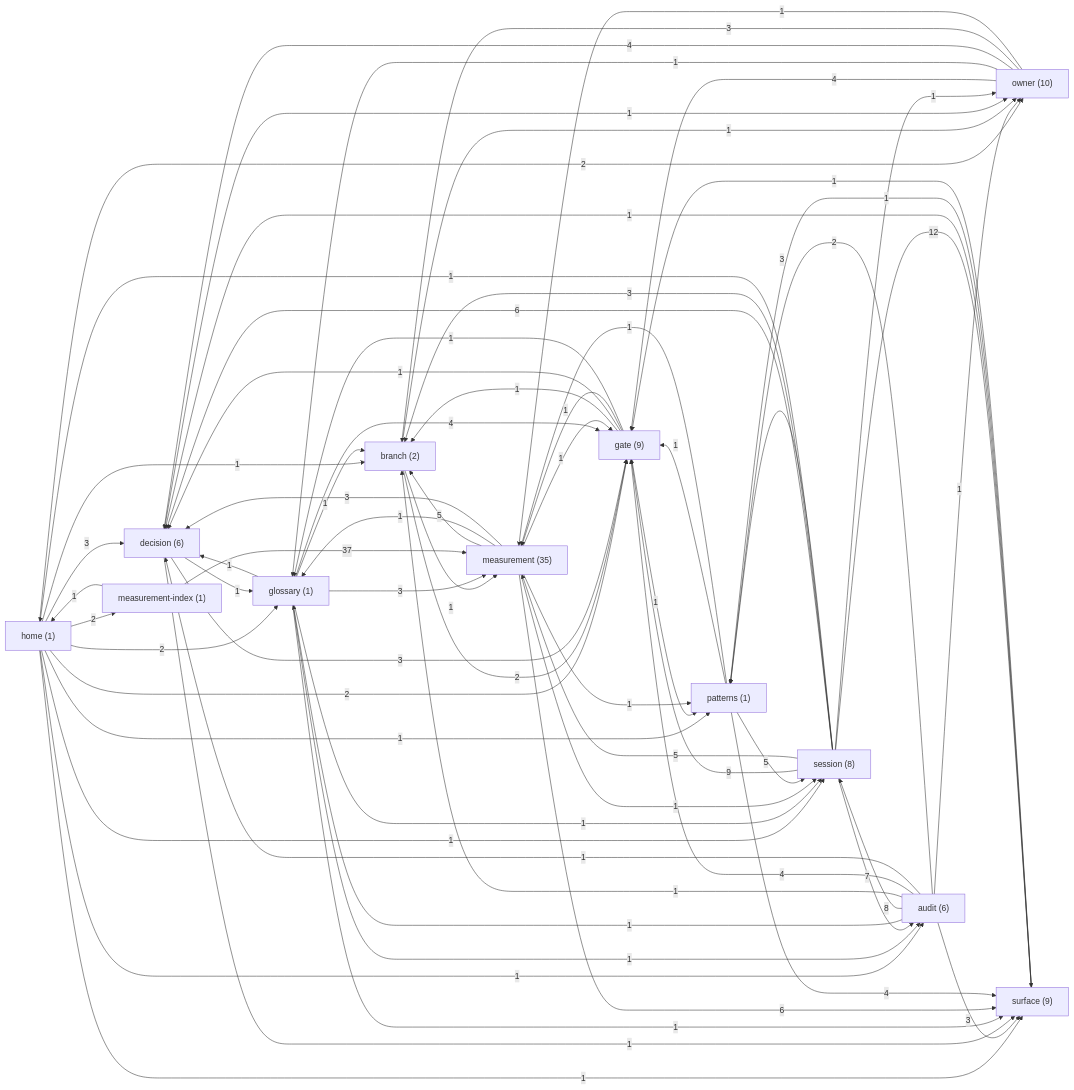
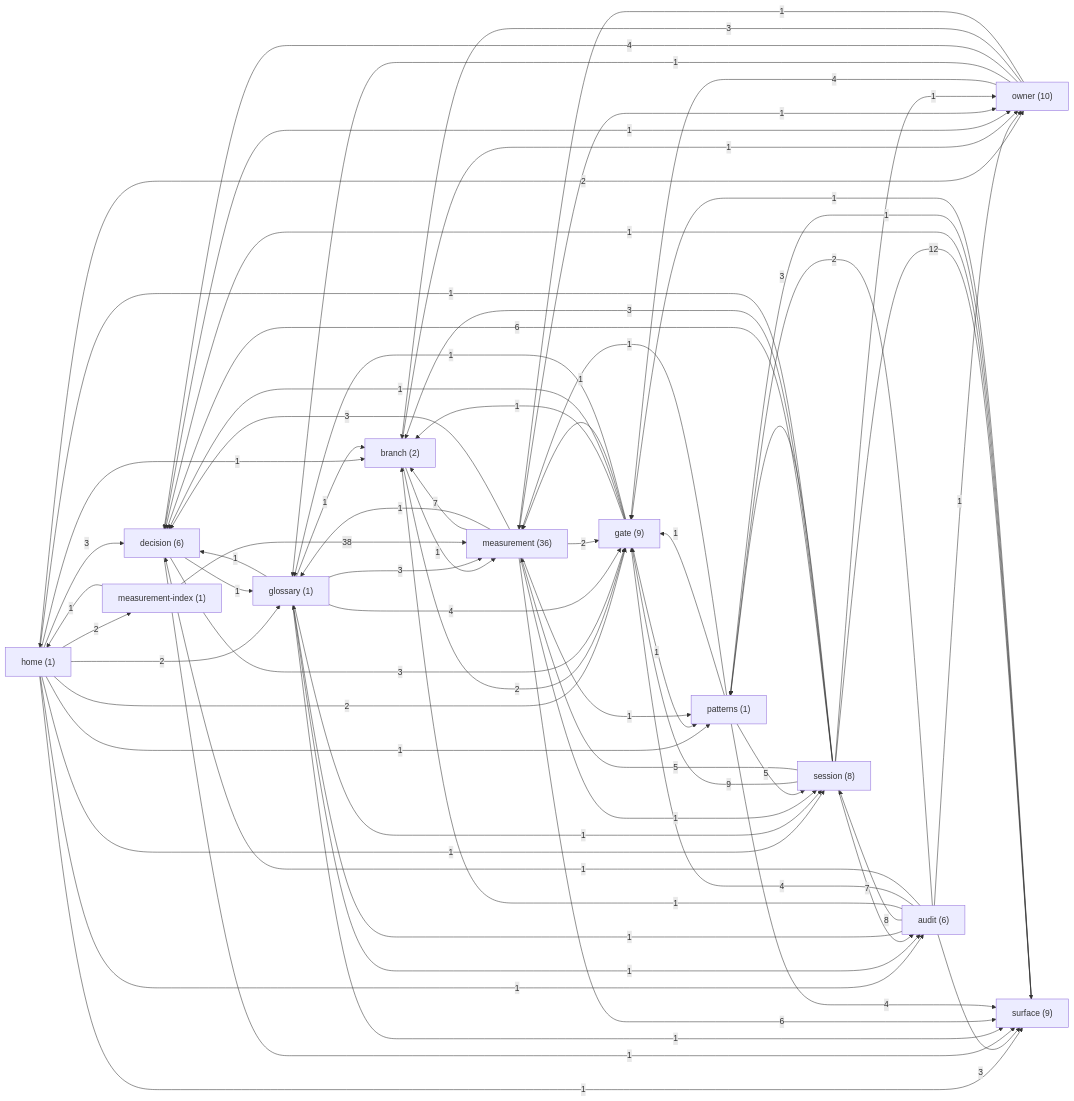
One commit to sergey9519546/STORYMACHINE changed the diagram in docs/brain/GRAPH.md. Above: the diagram before and after it, drawn with Mermaid. The commit also changed other lines of this file and 3 other files, not shown here.

```diff
--- a/docs/brain/GRAPH.md
+++ b/docs/brain/GRAPH.md
@@ -14,7 +14,7 @@
   decision["decision (6)"]
   gate["gate (9)"]
   glossary["glossary (1)"]
-  measurement["measurement (35)"]
+  measurement["measurement (36)"]
   measurement_index["measurement-index (1)"]
   owner["owner (10)"]
   patterns["patterns (1)"]
@@ -57,15 +57,16 @@
   glossary -->|1| session
   glossary -->|1| decision
   glossary -->|1| audit
-  measurement -->|5| branch
-  measurement -->|1| gate
+  measurement -->|2| gate
+  measurement -->|1| owner
+  measurement -->|7| branch
   measurement -->|1| glossary
   measurement -->|1| session
   measurement -->|3| decision
   measurement -->|1| patterns
   measurement -->|6| surface
   measurement_index -->|1| home
-  measurement_index -->|37| measurement
+  measurement_index -->|38| measurement
   owner -->|4| gate
   owner -->|1| glossary
   owner -->|4| decision
```
